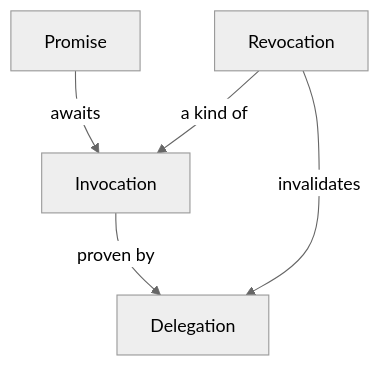
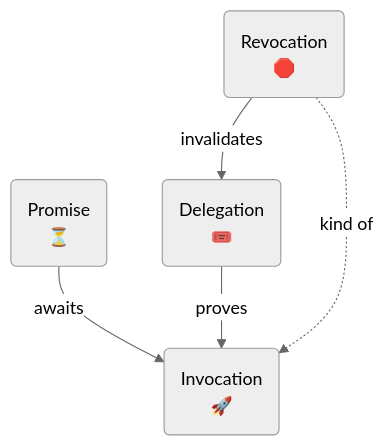
One commit to michielbdejong/spec changed the first of 6 diagrams in README.md. Above: the diagram before and after it, drawn with Mermaid (neutral theme). The commit also changed other lines of this file, not shown here.

Commit message:
Better diagram

````diff
--- a/README.md
+++ b/README.md
@@ -134,15 +134,16 @@
 ``` mermaid
 flowchart TD
-    rev[Revocation]
-    inv[Invocation]
-    del[Delegation]
-    prm[Promise]
+    prm(Promise\n⏳)
+    inv(Invocation\n🚀)
+    del(Delegation\n🎟️)
+    rev(Revocation\n🛑)
 
     prm -->|awaits| inv
-    rev -->|a kind of| inv -->|proven by| del
+    del -->|proves| inv
+    rev -.->|kind of| inv
     rev -->|invalidates| del
 
     click del href "https://github.com/ucan-wg/delegation" "UCAN Delegation Spec"
     click inv href "https://github.com/ucan-wg/invocation" "UCAN Invocation Spec"
     click rev href "https://github.com/ucan-wg/revocation" "UCAN Revocation Spec"
 ```
````
